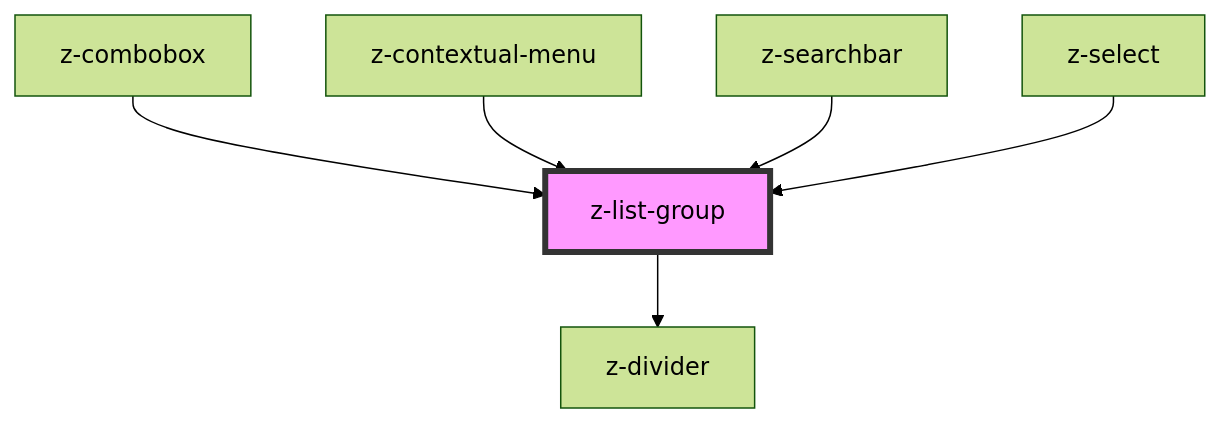
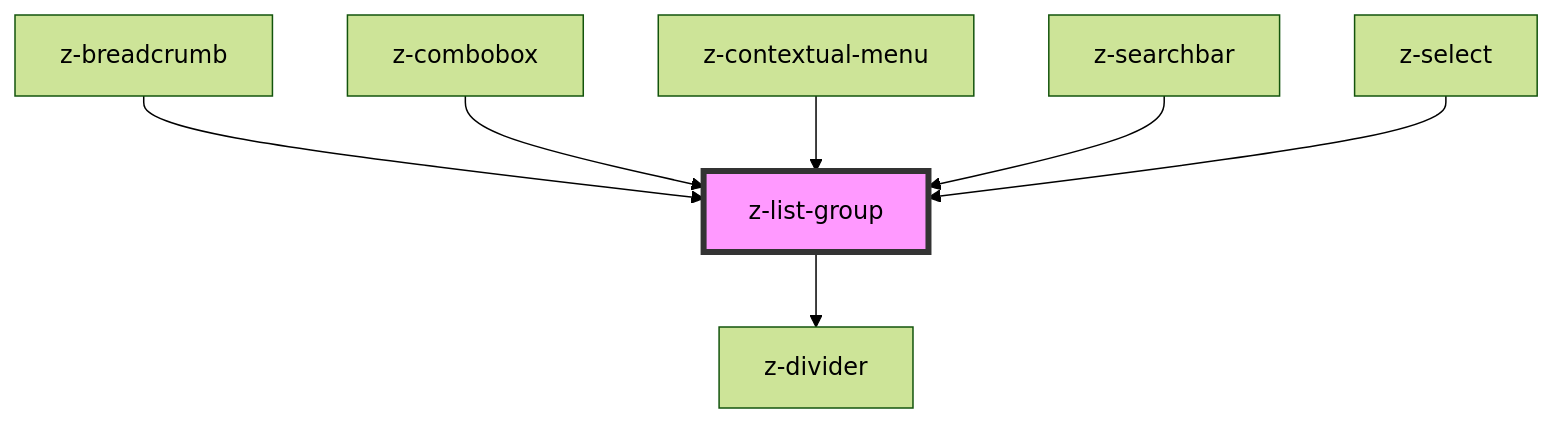
One commit to ZanichelliEditore/design-system changed the diagram in src/components/list/z-list-group/readme.md. Above: the diagram before and after it, drawn with Mermaid (forest theme). The commit also changed other lines of this file and 9 other files, not shown here.

````diff
--- a/src/components/list/z-list-group/readme.md
+++ b/src/components/list/z-list-group/readme.md
@@ -31,9 +32,10 @@
 ```mermaid
 graph TD;
   z-list-group --> z-divider
+  z-breadcrumb --> z-list-group
   z-combobox --> z-list-group
   z-contextual-menu --> z-list-group
   z-searchbar --> z-list-group
   z-select --> z-list-group
   style z-list-group fill:#f9f,stroke:#333,stroke-width:4px
 ```
````
